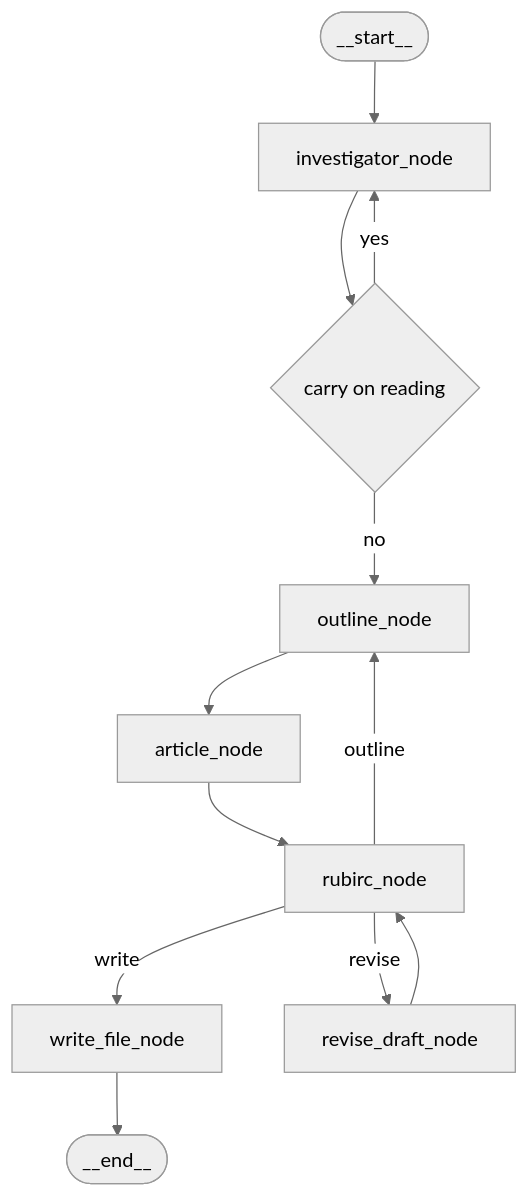
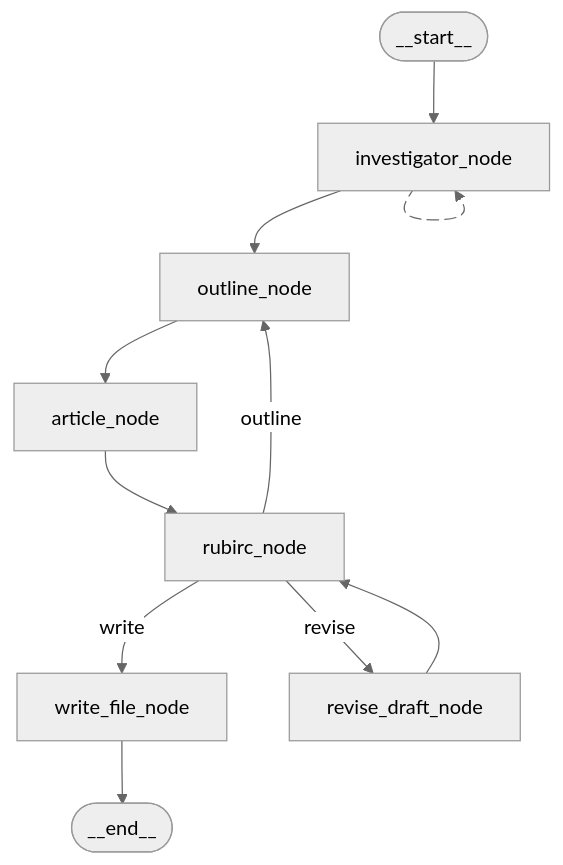
The diagram in README.md (raulsecante1/ItIsAManager), drawn with Mermaid (neutral theme) before and after one commit.

````diff
--- a/README.md
+++ b/README.md
@@ -32,18 +32,15 @@
 ```mermaid
-flowchart TD
-  __start__([__start__]) --> investigator_node
+flowchart TB
+    __start__(["__start__"]) --> investigator_node["investigator_node"]
+    investigator_node --> outline_node["outline_node"] & investigator_node
+    outline_node --> article_node["article_node"]
+    article_node --> rubirc_node["rubirc_node"]
+    rubirc_node -- write --> write_file_node["write_file_node"]
+    rubirc_node -- revise --> revise_draft_node["revise_draft_node"]
+    rubirc_node -- outline --> outline_node
+    revise_draft_node --> rubirc_node
+    write_file_node --> __end__(["__end__"])
 
-  investigator_node --> check_investigation{carry on reading}
-  check_investigation -->|yes| investigator_node
-  check_investigation -->|no| outline_node
 
-  outline_node --> article_node
-  article_node --> rubirc_node
-
-  rubirc_node -->|write| write_file_node
-  rubirc_node -->|revise| revise_draft_node
-  rubirc_node -->|outline| outline_node
-
-  revise_draft_node --> rubirc_node
-  write_file_node --> __end__([__end__])
+    L_investigator_node_investigator_node_0@{ animation: slow }
 ```
````
